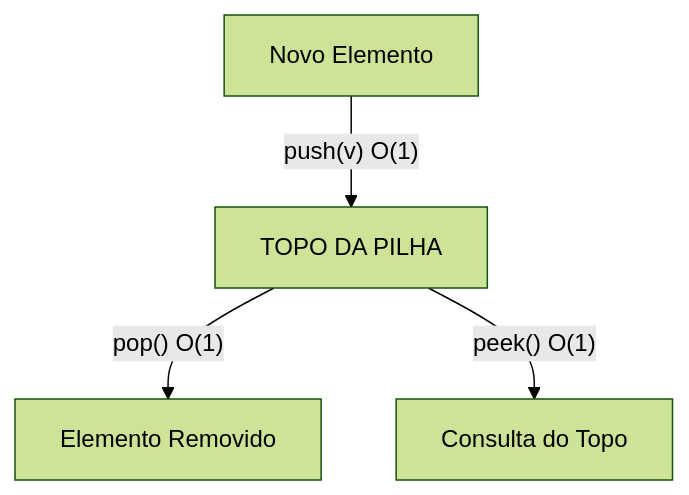
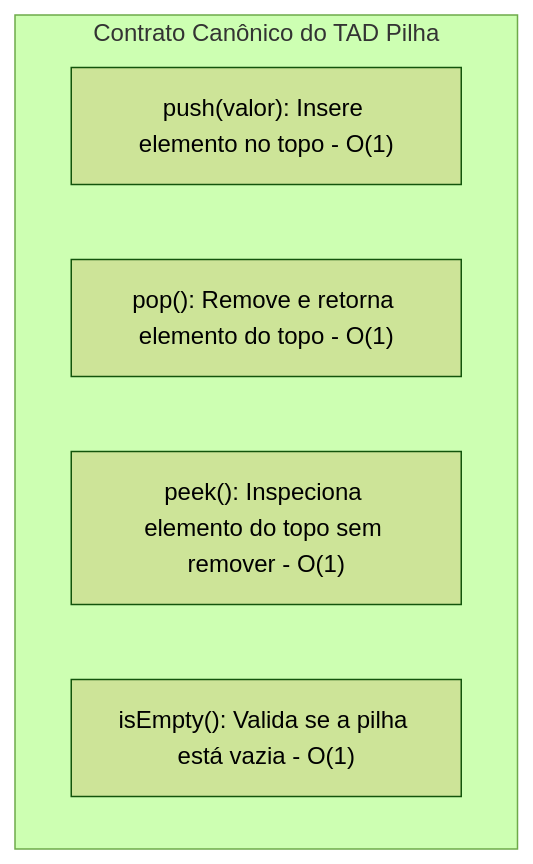
Before and after one commit to murilolol/unifef: diagram 16 of 22 in 4º Semestre/[Prof. Wesley Soares] Estrutura de Dados I/Resumos-IA/Caderno-Consolidado.md, drawn with Mermaid (forest theme). The commit also changed other lines of this file and 25 other files, not shown here.

````diff
--- a/4º Semestre/[Prof. Wesley Soares] Estrutura de Dados I/Resumos-IA/Caderno-Consolidado.md
+++ b/4º Semestre/[Prof. Wesley Soares] Estrutura de Dados I/Resumos-IA/Caderno-Consolidado.md
@@ -902,6 +973,9 @@
 ```mermaid
 flowchart TD
-    In["Novo Elemento"] -->|"push(v) O(1)"| Topo["TOPO DA PILHA"]
-    Topo -->|"pop() O(1)"| Out["Elemento Removido"]
-    Topo -->|"peek() O(1)"| View["Consulta do Topo"]
+    subgraph OperacoesPilha["Contrato Canônico do TAD Pilha"]
+        OP1["push(valor): Insere elemento no topo - O(1)"]
+        OP2["pop(): Remove e retorna elemento do topo - O(1)"]
+        OP3["peek(): Inspeciona elemento do topo sem remover - O(1)"]
+        OP4["isEmpty(): Valida se a pilha está vazia - O(1)"]
+    end
 ```
````
